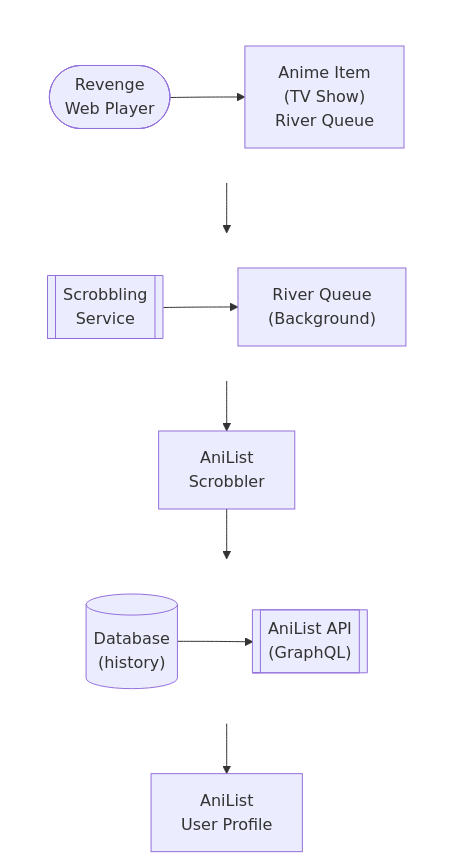
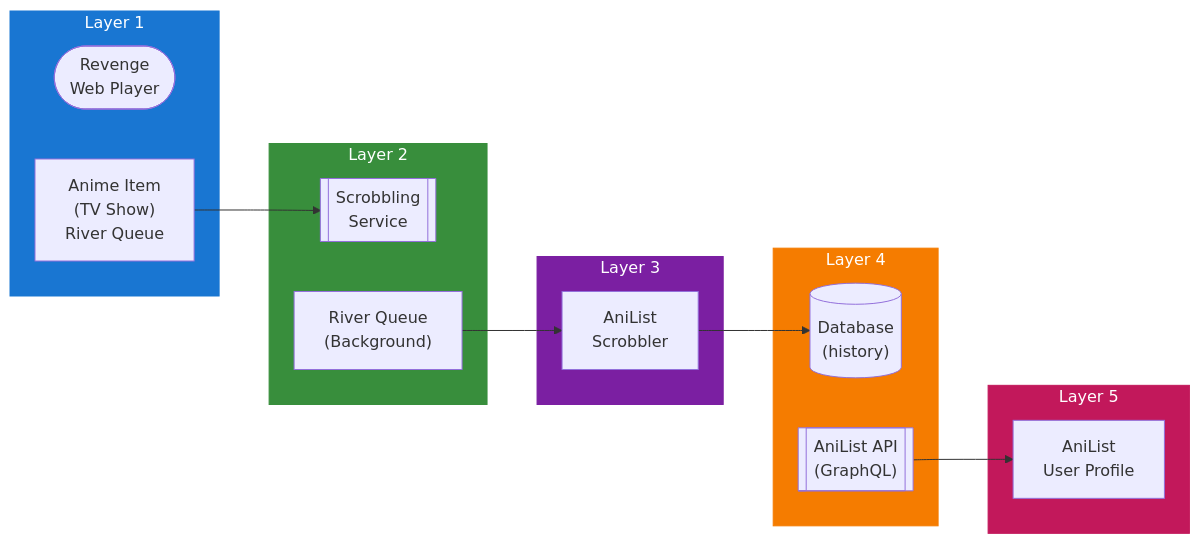
The diagram in docs/dev/design/integrations/anime/ANILIST.md (lusoris/revenge), drawn with Mermaid before and after one commit. The commit also changed 215 other files, not shown here.

First line of the commit message:
feat(diagrams): convert all ASCII diagrams to Mermaid with LR subgraphs

````diff
--- a/docs/dev/design/integrations/anime/ANILIST.md
+++ b/docs/dev/design/integrations/anime/ANILIST.md
@@ -63,32 +63,38 @@
 ```mermaid
-flowchart TD
-    subgraph row1[ ]
-        direction LR
+flowchart LR
+    subgraph Layer1["Layer 1"]
         node1(["Revenge<br/>Web Player"])
         node2["Anime Item<br/>(TV Show)<br/>River Queue"]
     end
-    subgraph row2[ ]
-        direction LR
+
+    subgraph Layer2["Layer 2"]
         node3[["Scrobbling<br/>Service"]]
         node4["River Queue<br/>(Background)"]
     end
-    node5["AniList<br/>Scrobbler"]
-    subgraph row3[ ]
-        direction LR
+
+    subgraph Layer3["Layer 3"]
+        node5["AniList<br/>Scrobbler"]
+    end
+
+    subgraph Layer4["Layer 4"]
         node6[("Database<br/>(history)")]
         node7[["AniList API<br/>(GraphQL)"]]
     end
-    node8["AniList<br/>User Profile"]
-    node1 --> node2
-    node3 --> node4
-    node6 --> node7
+
+    subgraph Layer5["Layer 5"]
+        node8["AniList<br/>User Profile"]
+    end
+
+    %% Connections
     node2 --> node3
     node4 --> node5
     node5 --> node6
     node7 --> node8
 
-    %% Hide row subgraph borders
-    style row1 fill:transparent,stroke:transparent
-    style row2 fill:transparent,stroke:transparent
-    style row3 fill:transparent,stroke:transparent
+    %% Styling
+    style Layer1 fill:#1976D2,stroke:#1976D2,color:#fff
+    style Layer2 fill:#388E3C,stroke:#388E3C,color:#fff
+    style Layer3 fill:#7B1FA2,stroke:#7B1FA2,color:#fff
+    style Layer4 fill:#F57C00,stroke:#F57C00,color:#fff
+    style Layer5 fill:#C2185B,stroke:#C2185B,color:#fff
 ```
````
